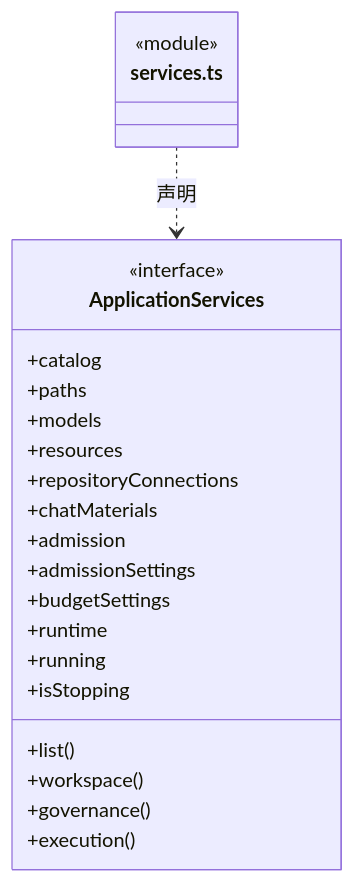
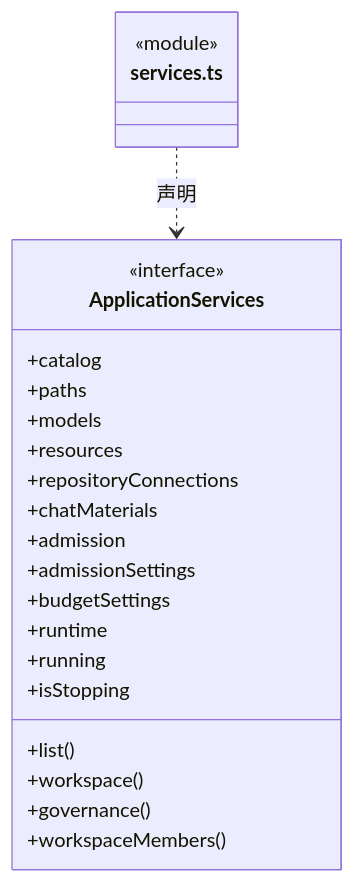
One commit to nan023062/cbim changed the second of 4 diagrams in src/backend/main/ipc/ARCHITECTURE.md. Above: the diagram before and after it, drawn with Mermaid. The commit also changed other lines of this file and 52 other files, not shown here.

````diff
--- a/src/backend/main/ipc/ARCHITECTURE.md
+++ b/src/backend/main/ipc/ARCHITECTURE.md
@@ -34,26 +34,26 @@
 ```mermaid
 classDiagram
 class N_src_backend_main_ipc_services_ts["services.ts"] {
   <<module>>
 }
 class N_src_backend_main_ipc_services_ts_ApplicationServices["ApplicationServices"] {
   <<interface>>
   +catalog
   +paths
   +models
   +resources
   +repositoryConnections
   +chatMaterials
   +admission
   +admissionSettings
   +budgetSettings
   +runtime
   +running
   +isStopping
   +list()
   +workspace()
   +governance()
-  +execution()
+  +workspaceMembers()
 }
 N_src_backend_main_ipc_services_ts ..> N_src_backend_main_ipc_services_ts_ApplicationServices : 声明
 ```
````
